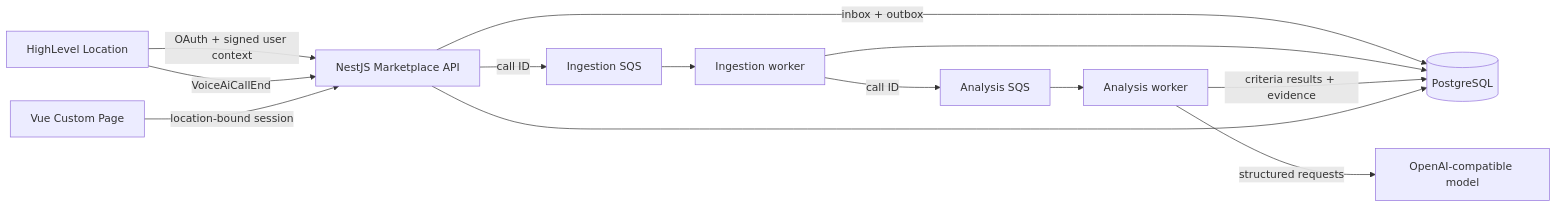
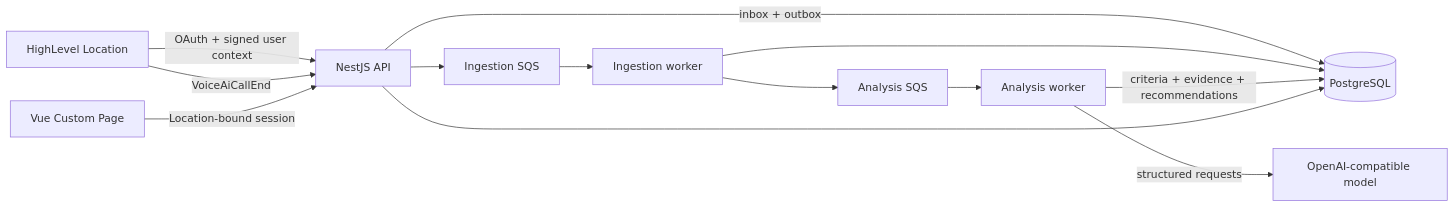
One commit to jatinjdev/highlevel-voice-ai-observability-copilot changed the diagram in README.md. Above: the diagram before and after it, drawn with Mermaid. The commit also changed other lines of this file and 117 other files, not shown here.

````diff
--- a/README.md
+++ b/README.md
@@ -25,15 +27,15 @@
 ```mermaid
 flowchart LR
-    HL["HighLevel Location"] -->|"OAuth + signed user context"| API["NestJS Marketplace API"]
+    HL["HighLevel Location"] -->|"OAuth + signed user context"| API["NestJS API"]
     HL -->|"VoiceAiCallEnd"| API
     API -->|"inbox + outbox"| DB[("PostgreSQL")]
-    API -->|"call ID"| IQ["Ingestion SQS"]
+    API --> IQ["Ingestion SQS"]
     IQ --> ING["Ingestion worker"]
     ING --> DB
-    ING -->|"call ID"| AQ["Analysis SQS"]
+    ING --> AQ["Analysis SQS"]
     AQ --> ANA["Analysis worker"]
-    ANA -->|"criteria results + evidence"| DB
+    ANA -->|"criteria + evidence + recommendations"| DB
     ANA -->|"structured requests"| LLM["OpenAI-compatible model"]
-    WEB["Vue Custom Page"] -->|"location-bound session"| API
+    WEB["Vue Custom Page"] -->|"Location-bound session"| API
     API --> DB
 ```
````
